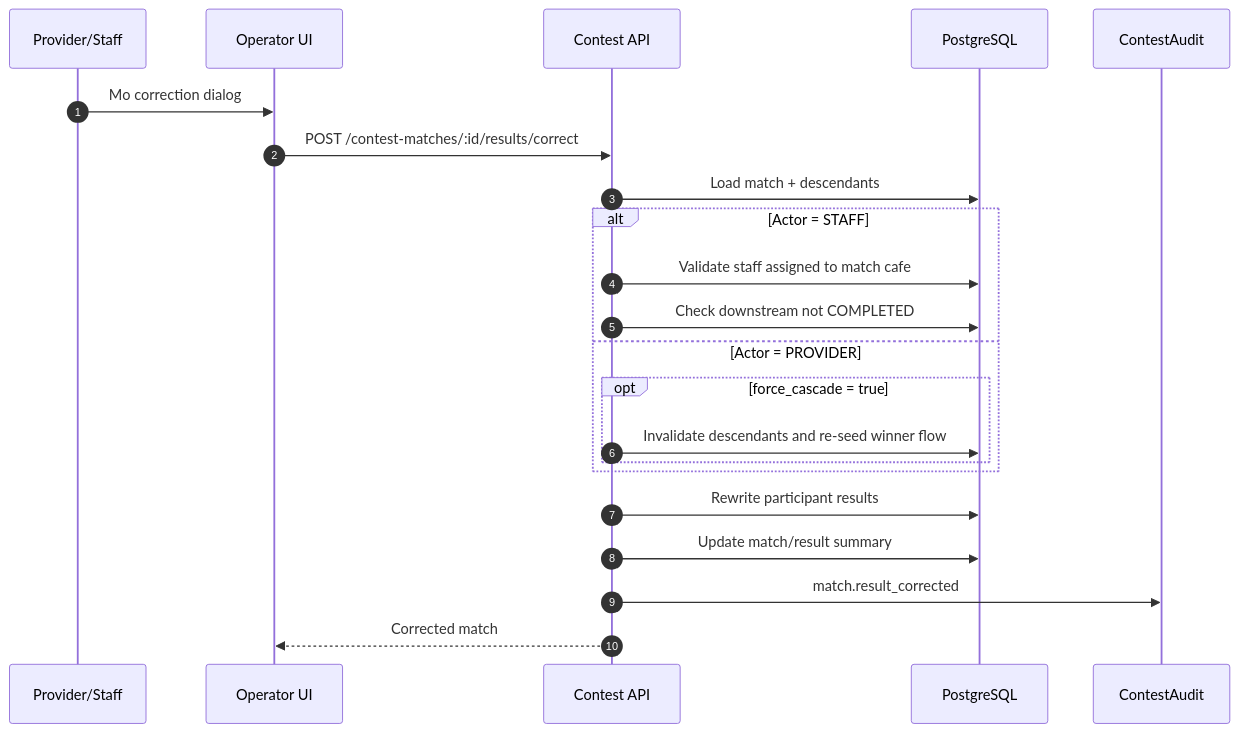
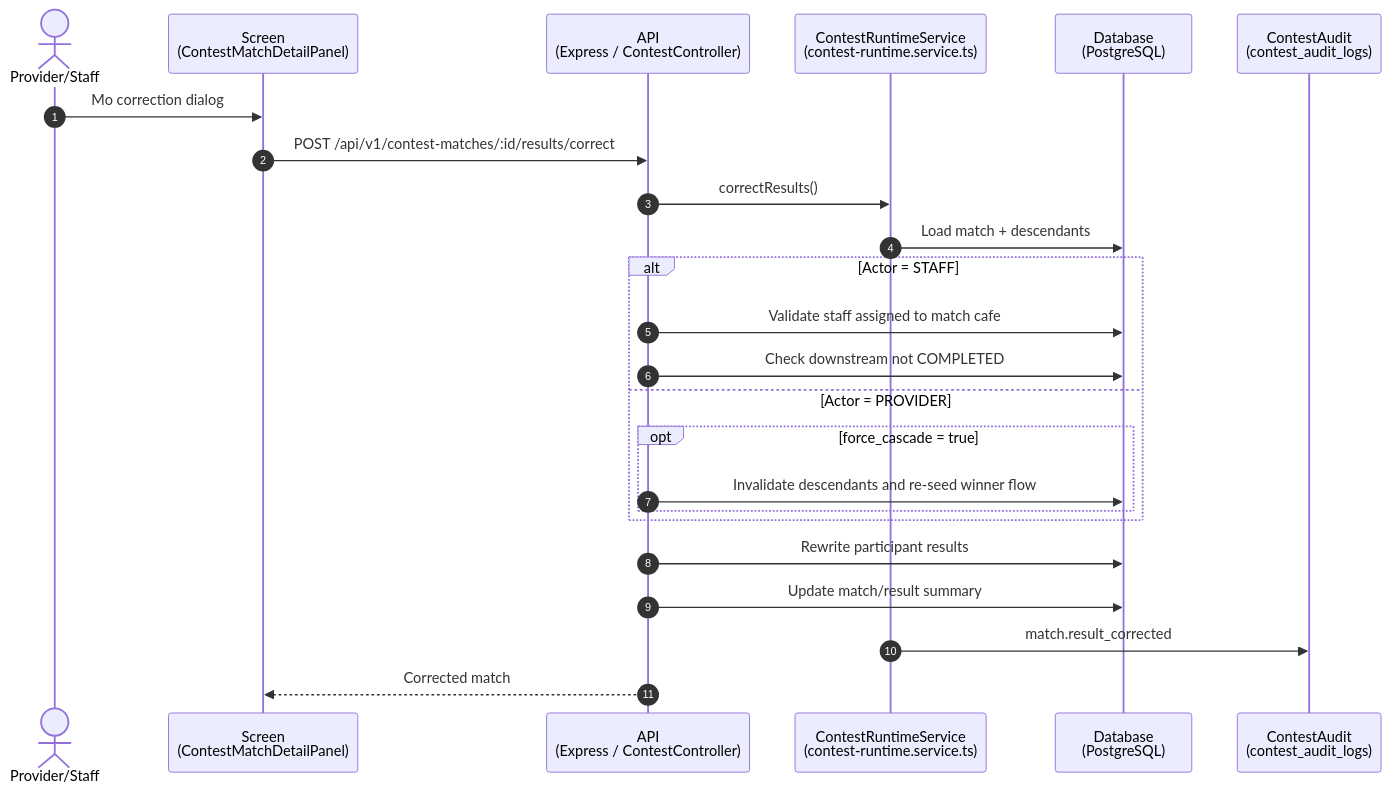
The seventh of 9 diagrams in docs/diagrams/sequence/sequence-flow-contest-vehicle-operations.md (RCField-SEP490/rcfield-spec), drawn with Mermaid before and after one commit. The commit also changed other lines of this file and 15 other files, not shown here.

First line of the commit message:
Add sequence flow diagrams for provider, staff, and supporting operations

````diff
--- a/docs/diagrams/sequence/sequence-flow-contest-vehicle-operations.md
+++ b/docs/diagrams/sequence/sequence-flow-contest-vehicle-operations.md
@@ -207,25 +225,27 @@
 ```mermaid
 sequenceDiagram
     autonumber
-    participant O as Provider/Staff
-    participant FE as Operator UI
-    participant CAPI as Contest API
-    participant DB as PostgreSQL
-    participant Audit as ContestAudit
+    actor O as Provider/Staff
+    participant FE as Screen<br/>(ContestMatchDetailPanel)
+    participant CAPI as API<br/>(Express / ContestController)
+    participant Runtime as ContestRuntimeService<br/>(contest-runtime.service.ts)
+    participant DB as Database<br/>(PostgreSQL)
+    participant Audit as ContestAudit<br/>(contest_audit_logs)
 
     O->>FE: Mo correction dialog
-    FE->>CAPI: POST /contest-matches/:id/results/correct
-    CAPI->>DB: Load match + descendants
+    FE->>CAPI: POST /api/v1/contest-matches/:id/results/correct
+    CAPI->>Runtime: correctResults()
+    Runtime->>DB: Load match + descendants
     alt Actor = STAFF
         CAPI->>DB: Validate staff assigned to match cafe
         CAPI->>DB: Check downstream not COMPLETED
     else Actor = PROVIDER
         opt force_cascade = true
             CAPI->>DB: Invalidate descendants and re-seed winner flow
         end
     end
     CAPI->>DB: Rewrite participant results
     CAPI->>DB: Update match/result summary
-    CAPI->>Audit: match.result_corrected
+    Runtime->>Audit: match.result_corrected
     CAPI-->>FE: Corrected match
 ```
````
